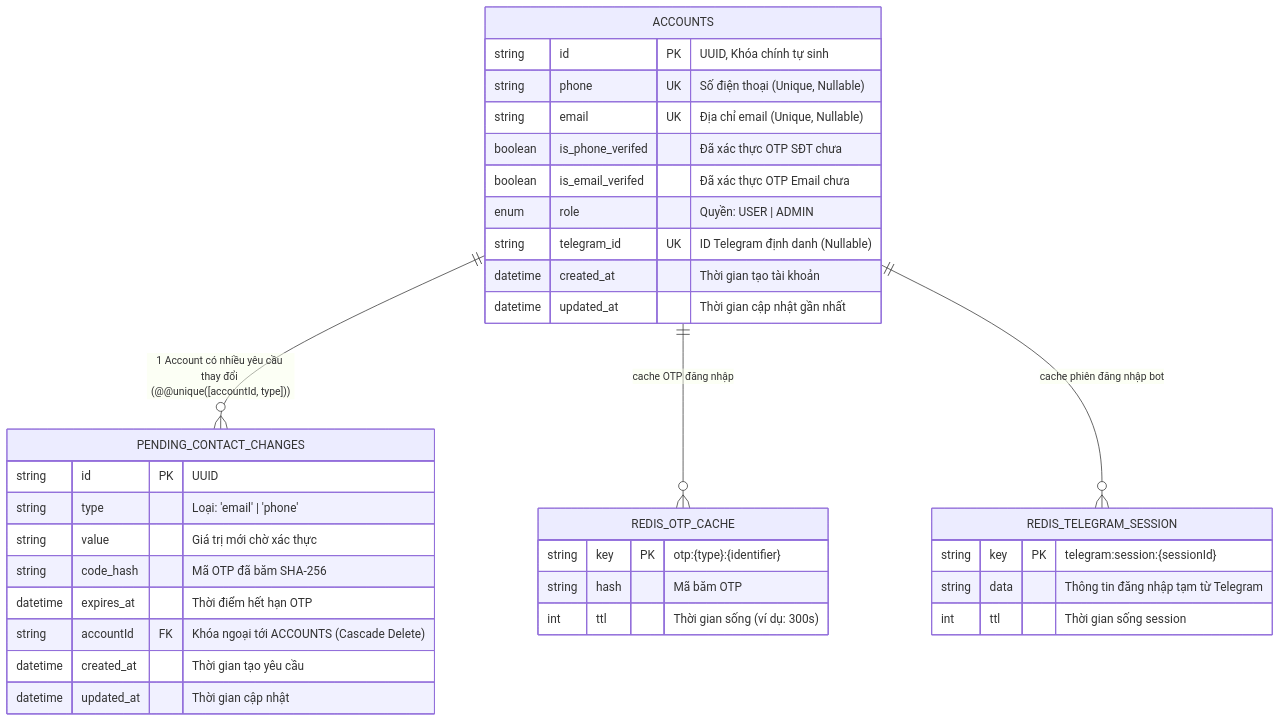
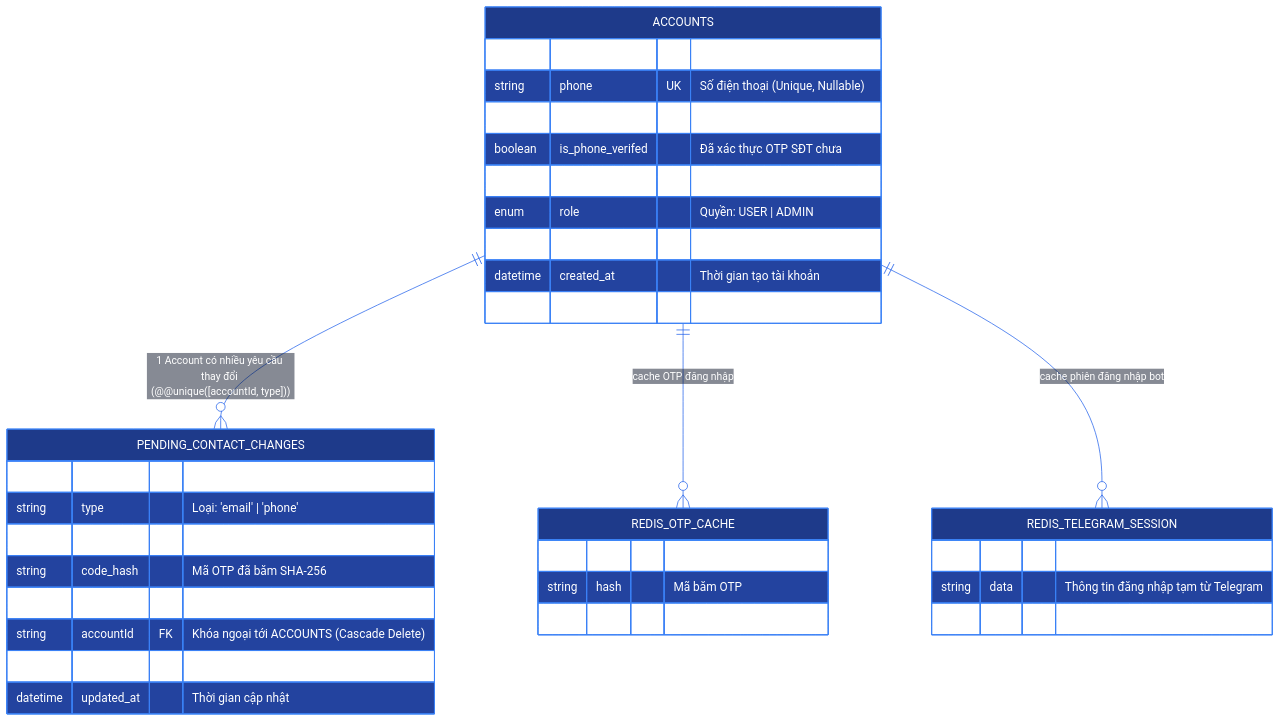
Before and after one commit to kan-ckm/tomato_cinema: the second of 4 diagrams in apps/auth-service/README.md, drawn with Mermaid. The commit also changed other lines of this file and 3 other files, not shown here.

Commit message:
docs: tối ưu hóa màu sắc sơ đồ Mermaid trong toàn bộ README cho cả Dark và Light theme

````diff
--- a/apps/auth-service/README.md
+++ b/apps/auth-service/README.md
@@ -43,44 +56,60 @@
 ```mermaid
+%%{
+  init: {
+    'theme': 'base',
+    'themeVariables': {
+      'primaryColor': '#1e3a8a',
+      'primaryTextColor': '#ffffff',
+      'primaryBorderColor': '#3b82f6',
+      'lineColor': '#2563eb',
+      'secondaryColor': '#1e293b',
+      'tertiaryColor': '#0f172a',
+      'attributeBackgroundColorOdd': '#1e293b',
+      'attributeBackgroundColorEven': '#0f172a',
+      'attributeTextColor': '#ffffff'
+    }
+  }
+}%%
 erDiagram
     %% PostgreSQL Entities
     ACCOUNTS {
         string id PK "UUID, Khóa chính tự sinh"
         string phone UK "Số điện thoại (Unique, Nullable)"
         string email UK "Địa chỉ email (Unique, Nullable)"
         boolean is_phone_verifed "Đã xác thực OTP SĐT chưa"
         boolean is_email_verifed "Đã xác thực OTP Email chưa"
         enum role "Quyền: USER | ADMIN"
         string telegram_id UK "ID Telegram định danh (Nullable)"
         datetime created_at "Thời gian tạo tài khoản"
         datetime updated_at "Thời gian cập nhật gần nhất"
     }
 
     PENDING_CONTACT_CHANGES {
         string id PK "UUID"
         string type "Loại: 'email' | 'phone'"
         string value "Giá trị mới chờ xác thực"
         string code_hash "Mã OTP đã băm SHA-256"
         datetime expires_at "Thời điểm hết hạn OTP"
         string accountId FK "Khóa ngoại tới ACCOUNTS (Cascade Delete)"
         datetime created_at "Thời gian tạo yêu cầu"
         datetime updated_at "Thời gian cập nhật"
     }
 
     %% Redis Cache Entities
     REDIS_OTP_CACHE {
         string key PK "otp:{type}:{identifier}"
         string hash "Mã băm OTP"
         int ttl "Thời gian sống (ví dụ: 300s)"
     }
 
     REDIS_TELEGRAM_SESSION {
         string key PK "telegram:session:{sessionId}"
         string data "Thông tin đăng nhập tạm từ Telegram"
         int ttl "Thời gian sống session"
     }
 
     %% Quan hệ
     ACCOUNTS ||--o{ PENDING_CONTACT_CHANGES : "1 Account có nhiều yêu cầu thay đổi (@@unique([accountId, type]))"
     ACCOUNTS ||--o{ REDIS_OTP_CACHE : "cache OTP đăng nhập"
     ACCOUNTS ||--o{ REDIS_TELEGRAM_SESSION : "cache phiên đăng nhập bot"
 ```
````
